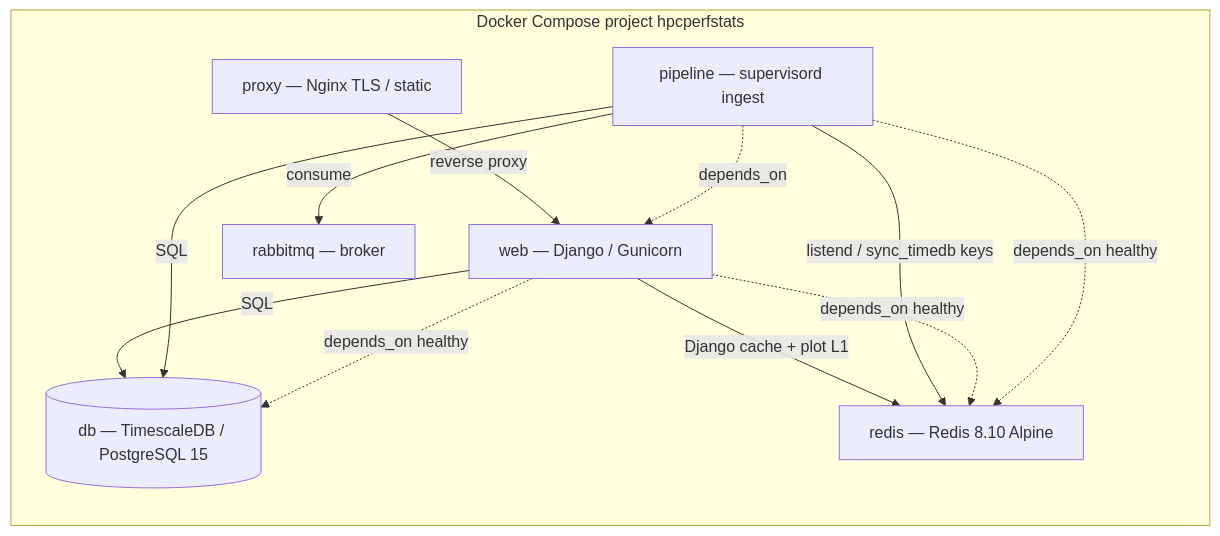
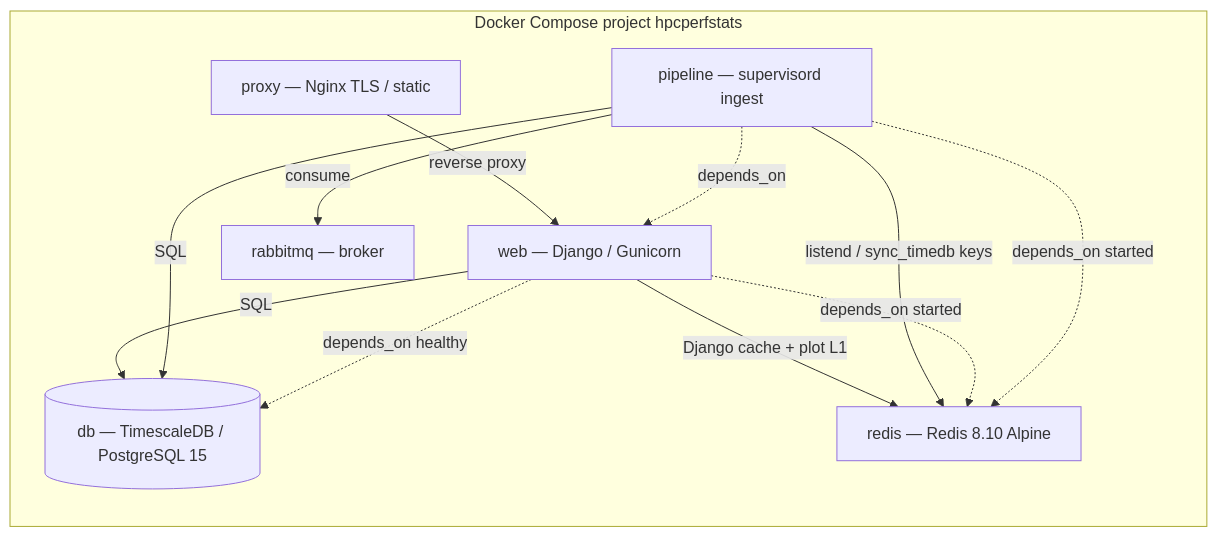
The second of 2 diagrams in docs/design-document.md (TACC/HPCPerfStats), drawn with Mermaid before and after one commit. The commit also changed 6 other files, not shown here.

````diff
--- a/docs/design-document.md
+++ b/docs/design-document.md
@@ -93,23 +93,23 @@
 ```mermaid
 flowchart TB
   subgraph compose["Docker Compose project hpcperfstats"]
     direction TB
     PXY[proxy — Nginx TLS / static]
     WEB[web — Django / Gunicorn]
     PIPE[pipeline — supervisord ingest]
     DB[(db — TimescaleDB / PostgreSQL 15)]
     REDIS[redis — Redis 8.10 Alpine]
     RMQ[rabbitmq — broker]
   end
 
   PXY -->|reverse proxy| WEB
   WEB -->|SQL| DB
   WEB -->|Django cache + plot L1| REDIS
   PIPE -->|SQL| DB
   PIPE -->|listend / sync_timedb keys| REDIS
   PIPE -->|consume| RMQ
   WEB -.->|depends_on healthy| DB
-  WEB -.->|depends_on healthy| REDIS
+  WEB -.->|depends_on started| REDIS
   PIPE -.->|depends_on| WEB
-  PIPE -.->|depends_on healthy| REDIS
+  PIPE -.->|depends_on started| REDIS
 ```
````
